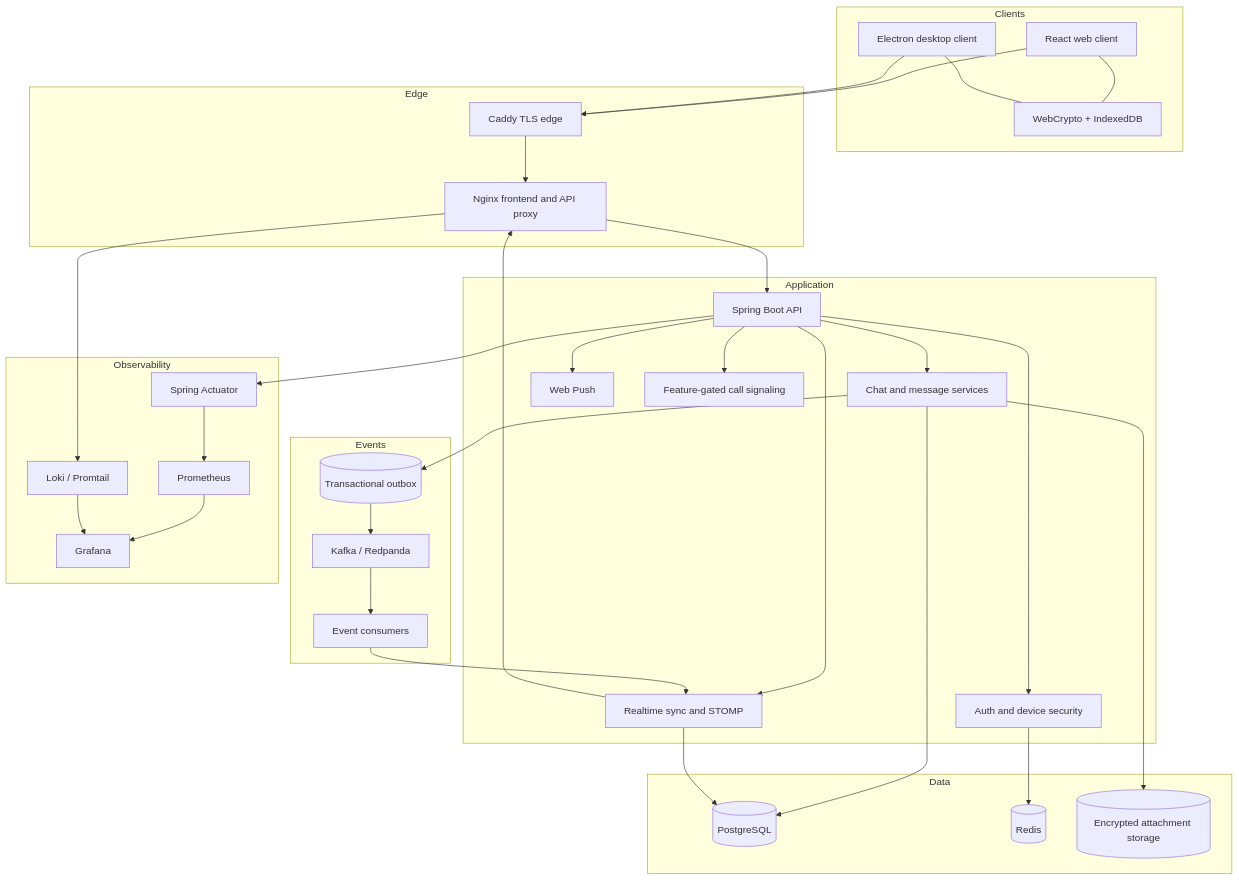
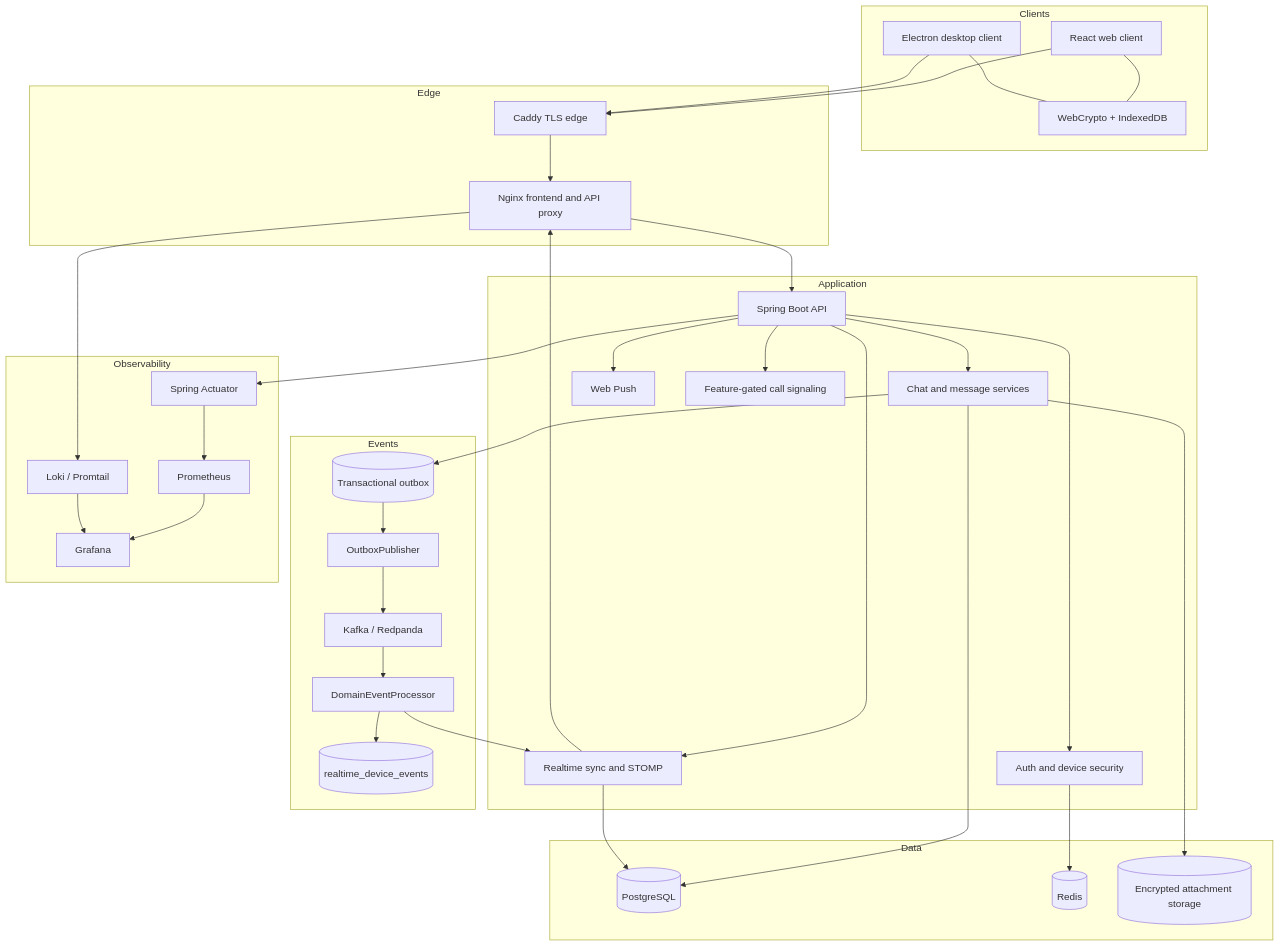
One commit to vaazhen/chaos-e2ee-messenger changed the fifth of 6 diagrams in README.md. Above: the diagram before and after it, drawn with Mermaid. The commit also changed other lines of this file and 61 other files, not shown here.

First line of the commit message:
feat(delivery): require Kafka and persist durable events before notify

````diff
--- a/README.md
+++ b/README.md
@@ -269,67 +269,71 @@
 ```mermaid
 flowchart TB
     subgraph Clients
         WEB[React web client]
         DESKTOP[Electron desktop client]
         CRYPTO[WebCrypto + IndexedDB]
         WEB --- CRYPTO
         DESKTOP --- CRYPTO
     end
 
     subgraph Edge
         CADDY[Caddy TLS edge]
         NGINX[Nginx frontend and API proxy]
     end
 
     subgraph Application
         API[Spring Boot API]
         AUTH[Auth and device security]
         CHAT[Chat and message services]
         RT[Realtime sync and STOMP]
         PUSH[Web Push]
         CALLS[Feature-gated call signaling]
     end
 
     subgraph Data
         PG[(PostgreSQL)]
         REDIS[(Redis)]
         BLOB[(Encrypted attachment storage)]
     end
 
     subgraph Events
         OUTBOX[(Transactional outbox)]
+        PUB[OutboxPublisher]
         KAFKA[Kafka / Redpanda]
-        WORKERS[Event consumers]
+        PROC[DomainEventProcessor]
+        DURABLE[(realtime_device_events)]
     end
 
     subgraph Observability
         ACT[Spring Actuator]
         PROM[Prometheus]
         LOKI[Loki / Promtail]
         GRAFANA[Grafana]
     end
 
     WEB --> CADDY
     DESKTOP --> CADDY
     CADDY --> NGINX
     NGINX --> API
     API --> AUTH
     API --> CHAT
     API --> RT
     API --> PUSH
     API --> CALLS
     AUTH --> REDIS
     CHAT --> PG
     CHAT --> BLOB
     CHAT --> OUTBOX
-    OUTBOX --> KAFKA
-    KAFKA --> WORKERS
-    WORKERS --> RT
+    OUTBOX --> PUB
+    PUB --> KAFKA
+    KAFKA --> PROC
+    PROC --> DURABLE
+    PROC --> RT
     RT --> PG
     RT --> NGINX
     API --> ACT
     ACT --> PROM
     NGINX --> LOKI
     PROM --> GRAFANA
     LOKI --> GRAFANA
 ```
````
